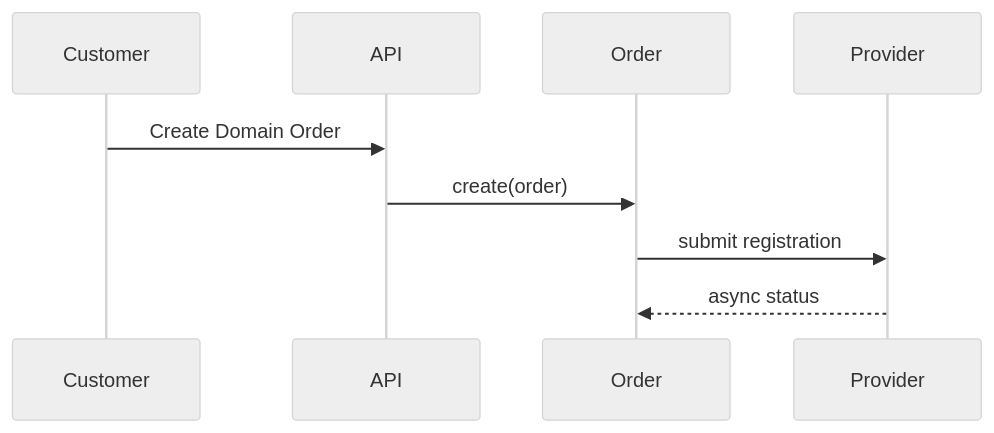
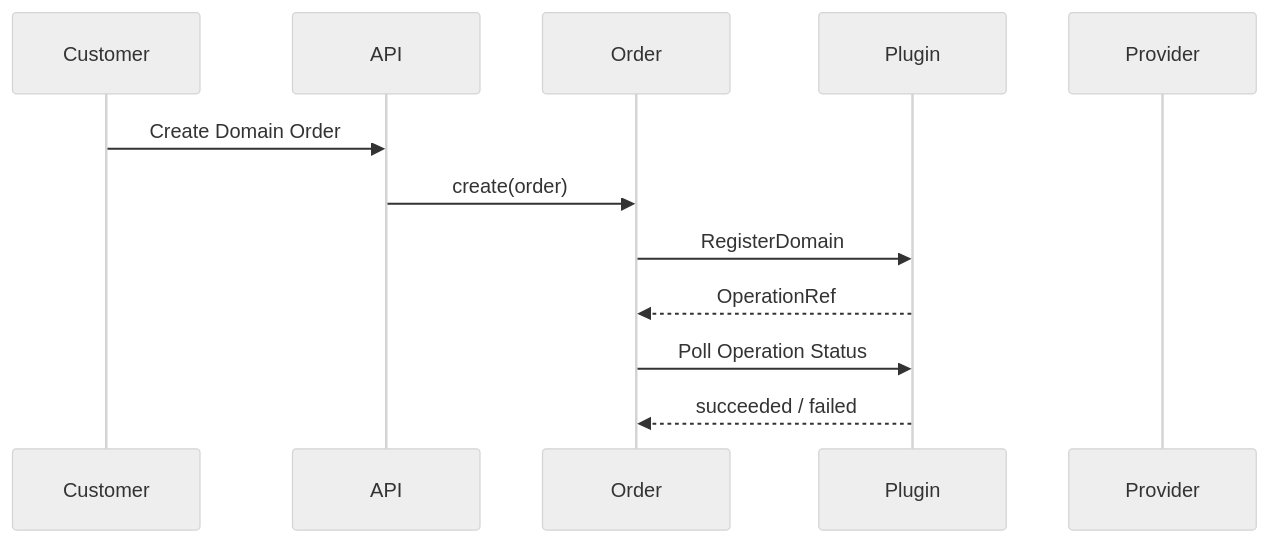
Before and after one commit to tofi2k/doc: the fifth of 7 diagrams in architecture/arc42.md, drawn with Mermaid (neutral theme). The commit also changed other lines of this file and 4 other files, not shown here.

````diff
--- a/architecture/arc42.md
+++ b/architecture/arc42.md
@@ -167,12 +187,15 @@
 ```mermaid
 sequenceDiagram
     participant C as Customer
     participant API
     participant Order
+    participant Plugin
     participant Provider
 
     C->>API: Create Domain Order
     API->>Order: create(order)
-    Order->>Provider: submit registration
-    Provider-->>Order: async status
+    Order->>Plugin: RegisterDomain
+    Plugin-->>Order: OperationRef
+    Order->>Plugin: Poll Operation Status
+    Plugin-->>Order: succeeded / failed
 ```
````
